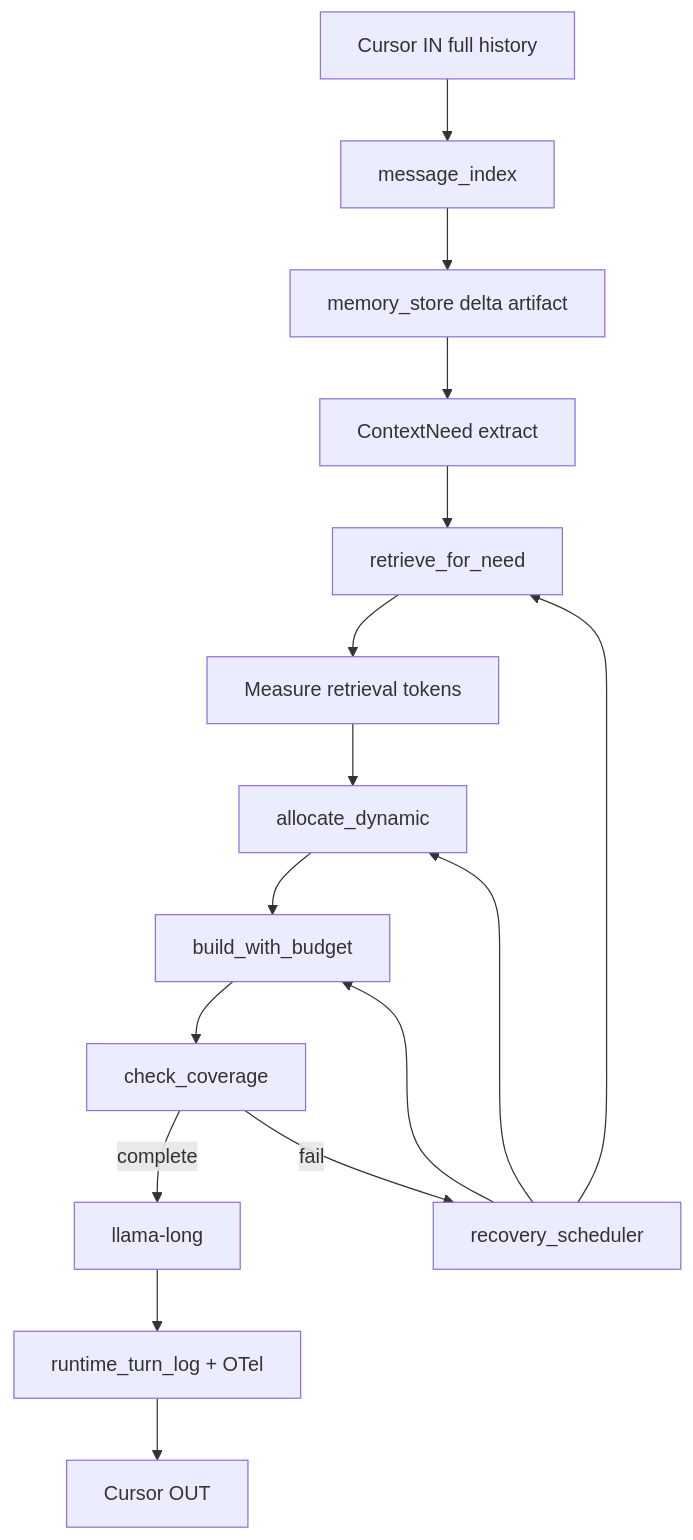
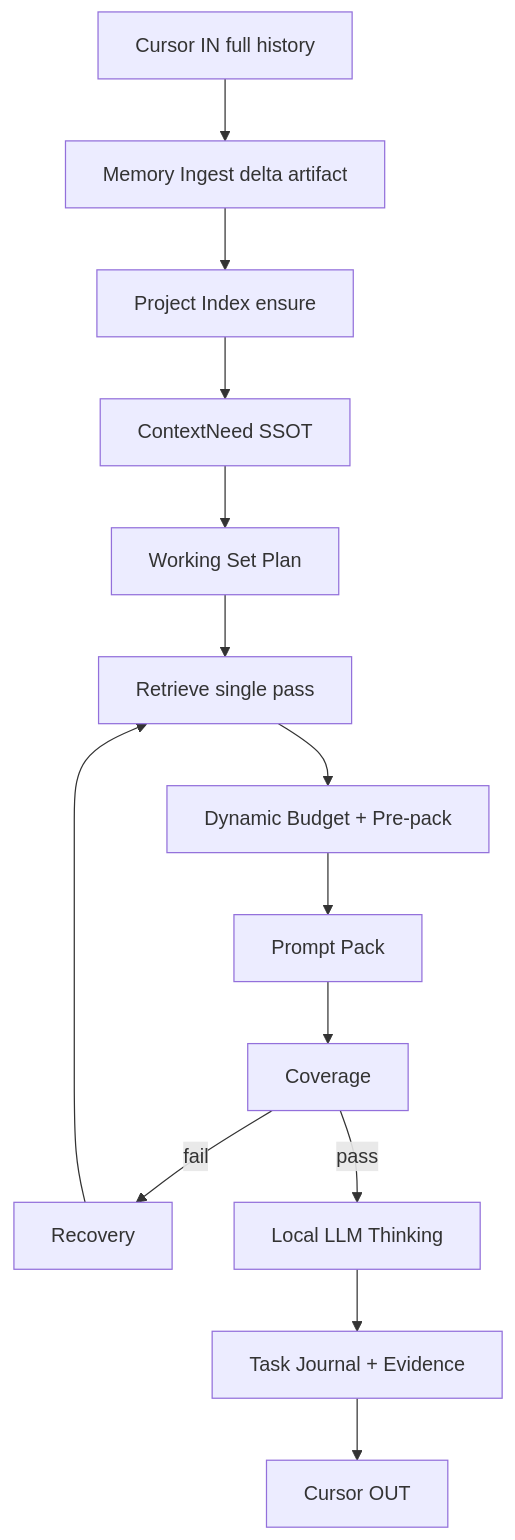
One commit to yunahe6532/ai-runtime changed the second of 8 diagrams in docs/ARCHITECTURE.md. Above: the diagram before and after it, drawn with Mermaid. The commit also changed other lines of this file and 10 other files, not shown here.

First line of the commit message:
refactor: Local LLM Runtime — Memory Scheduler hot path

````diff
--- a/docs/ARCHITECTURE.md
+++ b/docs/ARCHITECTURE.md
@@ -98,18 +98,16 @@
 ```mermaid
 flowchart TD
-    IN[Cursor IN full history] --> IDX[message_index]
-    IDX --> MS[memory_store delta artifact]
-    MS --> NEED[ContextNeed extract]
-    NEED --> RET[retrieve_for_need]
-    RET --> MEAS[Measure retrieval tokens]
-    MEAS --> BUD[allocate_dynamic]
-    BUD --> BUILD[build_with_budget]
-    BUILD --> COV[check_coverage]
-    COV -->|complete| LLM[llama-long]
-    COV -->|fail| REC[recovery_scheduler]
+    IN[Cursor IN full history] --> ING[Memory Ingest delta artifact]
+    ING --> IDX[Project Index ensure]
+    IDX --> NEED[ContextNeed SSOT]
+    NEED --> WS[Working Set Plan]
+    WS --> RET[Retrieve single pass]
+    RET --> BUD[Dynamic Budget + Pre-pack]
+    BUD --> BUILD[Prompt Pack]
+    BUILD --> COV[Coverage]
+    COV -->|fail| REC[Recovery]
     REC --> RET
-    REC --> BUD
-    REC --> BUILD
-    LLM --> LOG[runtime_turn_log + OTel]
-    LOG --> OUT[Cursor OUT]
+    COV -->|pass| LLM[Local LLM Thinking]
+    LLM --> JOUR[Task Journal + Evidence]
+    JOUR --> OUT[Cursor OUT]
 ```
````
